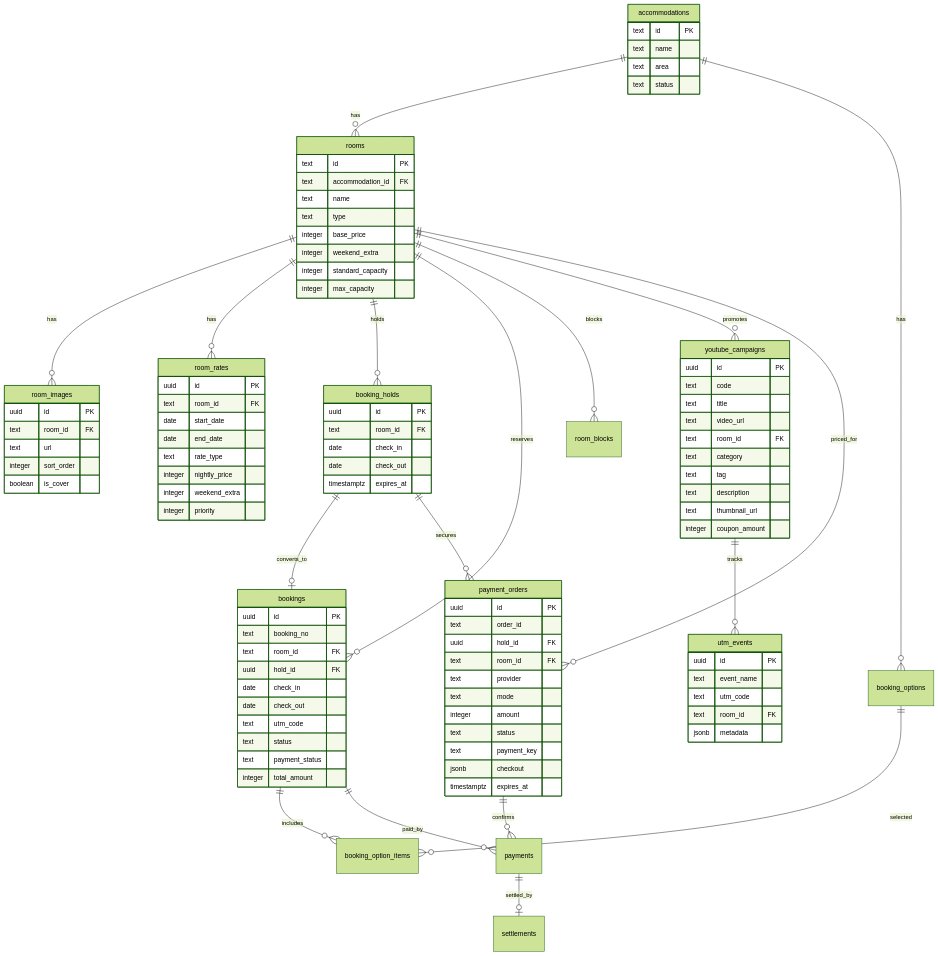
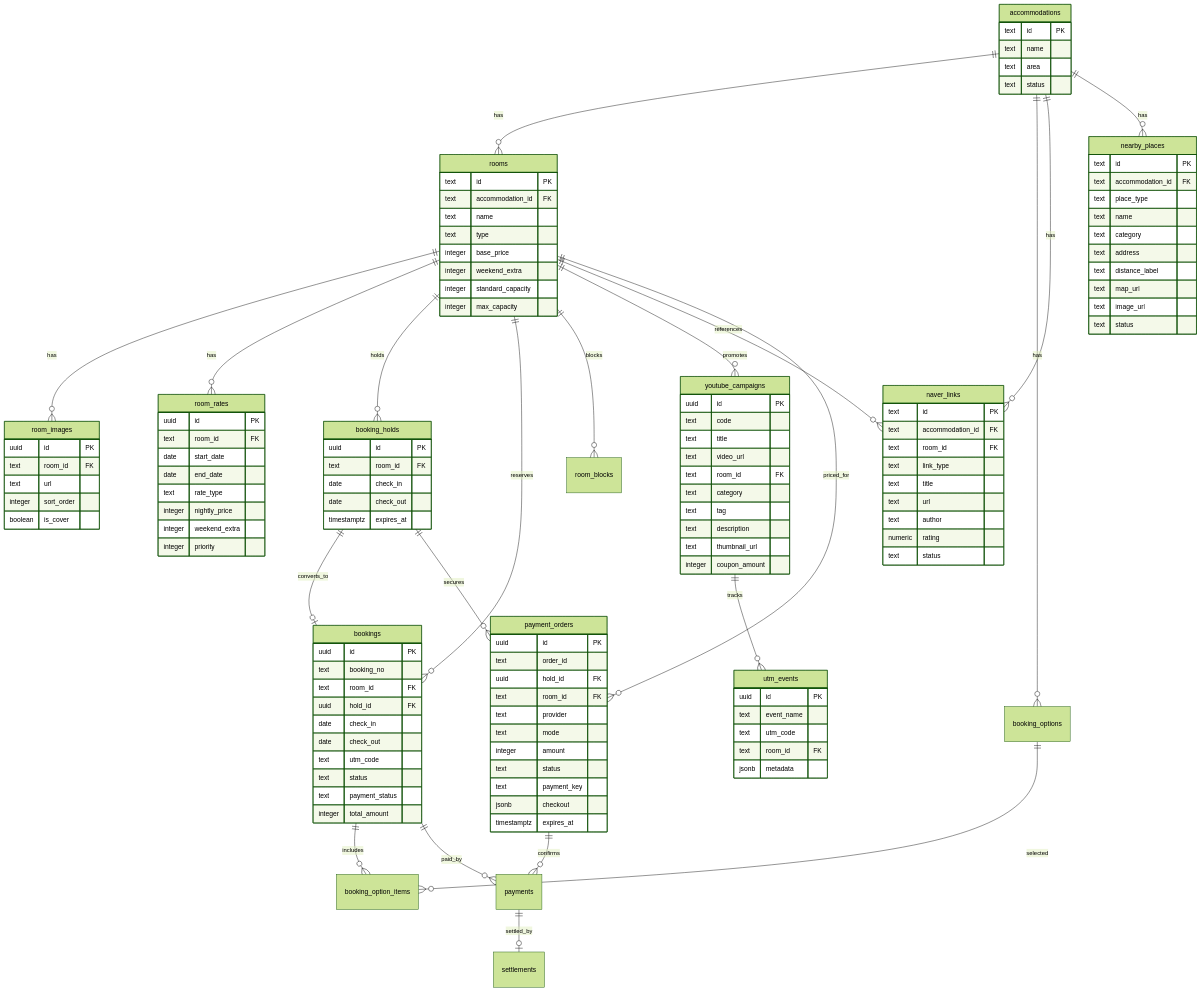
Before and after one commit to onstone1-bot/penbatv-pension: the diagram in docs/db-erd.md, drawn with Mermaid (forest theme). The commit also changed 74 other files, not shown here.

Commit message:
Implement PenBa TV MVP launch flow

```diff
--- a/docs/db-erd.md
+++ b/docs/db-erd.md
@@ -13,6 +13,9 @@
   booking_options ||--o{ booking_option_items : selected
   rooms ||--o{ room_blocks : blocks
   rooms ||--o{ youtube_campaigns : promotes
+  accommodations ||--o{ naver_links : has
+  rooms ||--o{ naver_links : references
+  accommodations ||--o{ nearby_places : has
   youtube_campaigns ||--o{ utm_events : tracks
   booking_holds ||--o{ payment_orders : secures
   rooms ||--o{ payment_orders : priced_for
@@ -91,6 +94,31 @@
     integer coupon_amount
   }
 
+  naver_links {
+    text id PK
+    text accommodation_id FK
+    text room_id FK
+    text link_type
+    text title
+    text url
+    text author
+    numeric rating
+    text status
+  }
+
+  nearby_places {
+    text id PK
+    text accommodation_id FK
+    text place_type
+    text name
+    text category
+    text address
+    text distance_label
+    text map_url
+    text image_url
+    text status
+  }
+
   utm_events {
     uuid id PK
     text event_name
```
